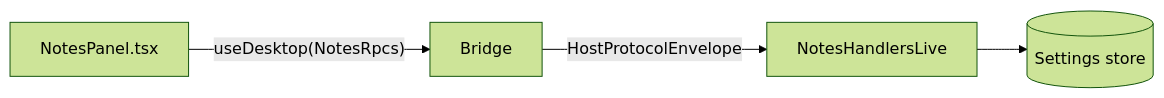
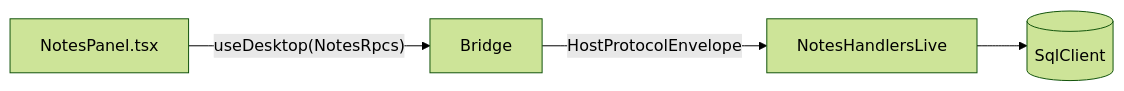
The diagram in docs/tutorials/01-build-a-notes-app.md (Rika-Labs/effect-desktop), drawn with Mermaid (forest theme) before and after one commit. The commit also changed other lines of this file and 16 other files, not shown here.

````diff
--- a/docs/tutorials/01-build-a-notes-app.md
+++ b/docs/tutorials/01-build-a-notes-app.md
@@ -24,6 +24,6 @@
 ```mermaid
 flowchart LR
   UI[NotesPanel.tsx] -- useDesktop(NotesRpcs) --> Bridge
   Bridge -- HostProtocolEnvelope --> Handlers[NotesHandlersLive]
-  Handlers --> Settings[(Settings store)]
+  Handlers --> SQLite[(SqlClient)]
 ```
````
